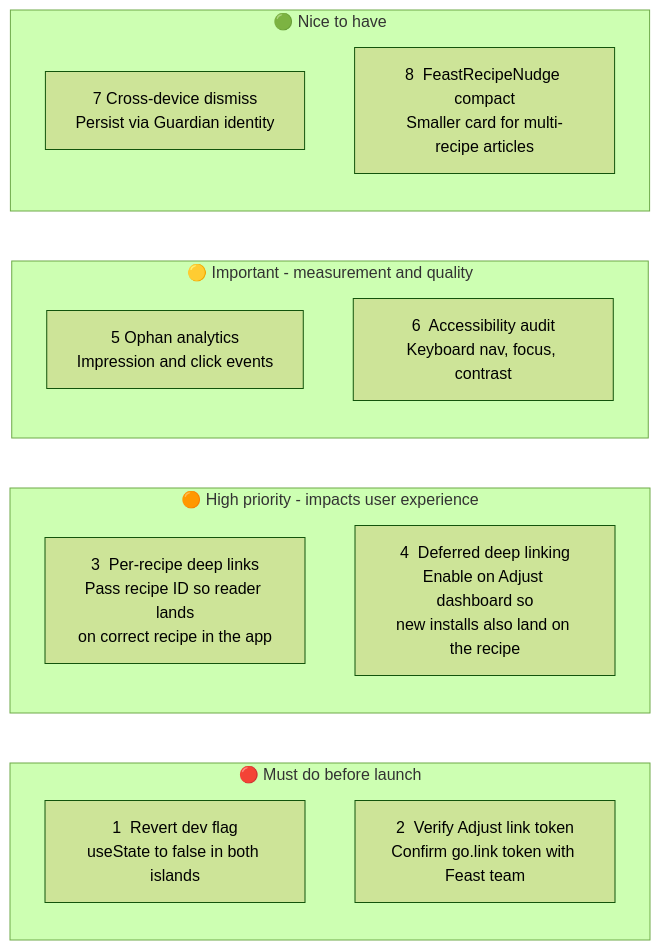
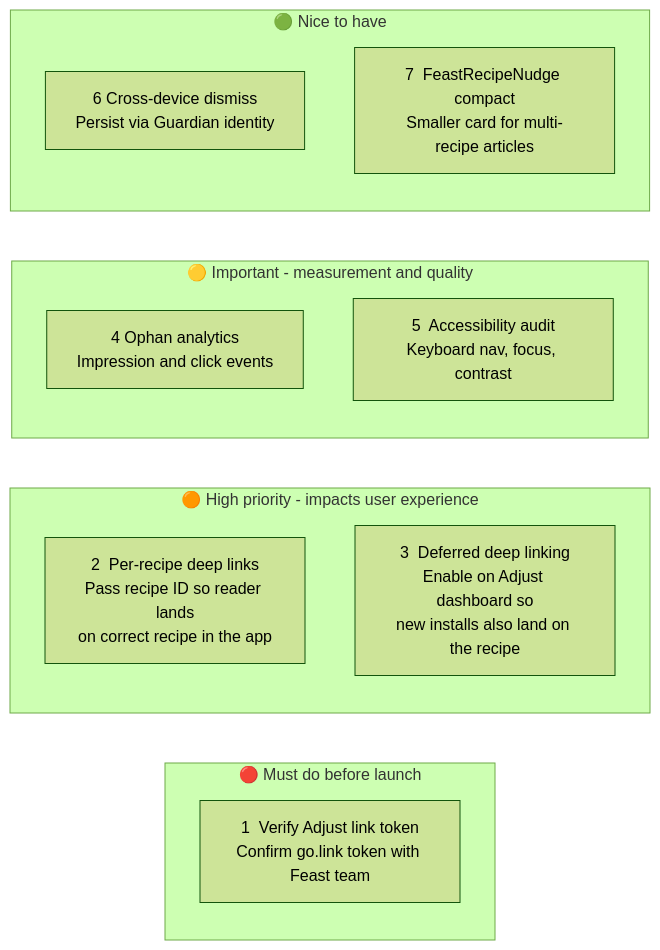
One commit to guardian/dotcom-rendering changed the fifth of 7 diagrams in dotcom-rendering/docs/feast-recipe-nudges.md. Above: the diagram before and after it, drawn with Mermaid (forest theme). The commit also changed other lines of this file and 4 other files, not shown here.

Commit message:
feat: remove A/B test for Feast contextual nudge and clean up related code

````diff
--- a/dotcom-rendering/docs/feast-recipe-nudges.md
+++ b/dotcom-rendering/docs/feast-recipe-nudges.md
@@ -235,19 +212,18 @@
 ```mermaid
 graph LR
     subgraph "🔴 Must do before launch"
-        A["1  Revert dev flag\nuseState to false in both islands"]
-        B["2  Verify Adjust link token\nConfirm go.link token with Feast team"]
+        A["1  Verify Adjust link token\nConfirm go.link token with Feast team"]
     end
     subgraph "🟠 High priority - impacts user experience"
-        C["3  Per-recipe deep links\nPass recipe ID so reader lands\non correct recipe in the app"]
-        D["4  Deferred deep linking\nEnable on Adjust dashboard so\nnew installs also land on the recipe"]
+        B["2  Per-recipe deep links\nPass recipe ID so reader lands\non correct recipe in the app"]
+        C["3  Deferred deep linking\nEnable on Adjust dashboard so\nnew installs also land on the recipe"]
     end
     subgraph "🟡 Important - measurement and quality"
-        E["5  Ophan analytics\nImpression and click events"]
-        F["6  Accessibility audit\nKeyboard nav, focus, contrast"]
+        D["4  Ophan analytics\nImpression and click events"]
+        E["5  Accessibility audit\nKeyboard nav, focus, contrast"]
     end
     subgraph "🟢 Nice to have"
-        G["7  Cross-device dismiss\nPersist via Guardian identity"]
-        H["8  FeastRecipeNudge compact\nSmaller card for multi-recipe articles"]
+        F["6  Cross-device dismiss\nPersist via Guardian identity"]
+        G["7  FeastRecipeNudge compact\nSmaller card for multi-recipe articles"]
     end
 ```
````
